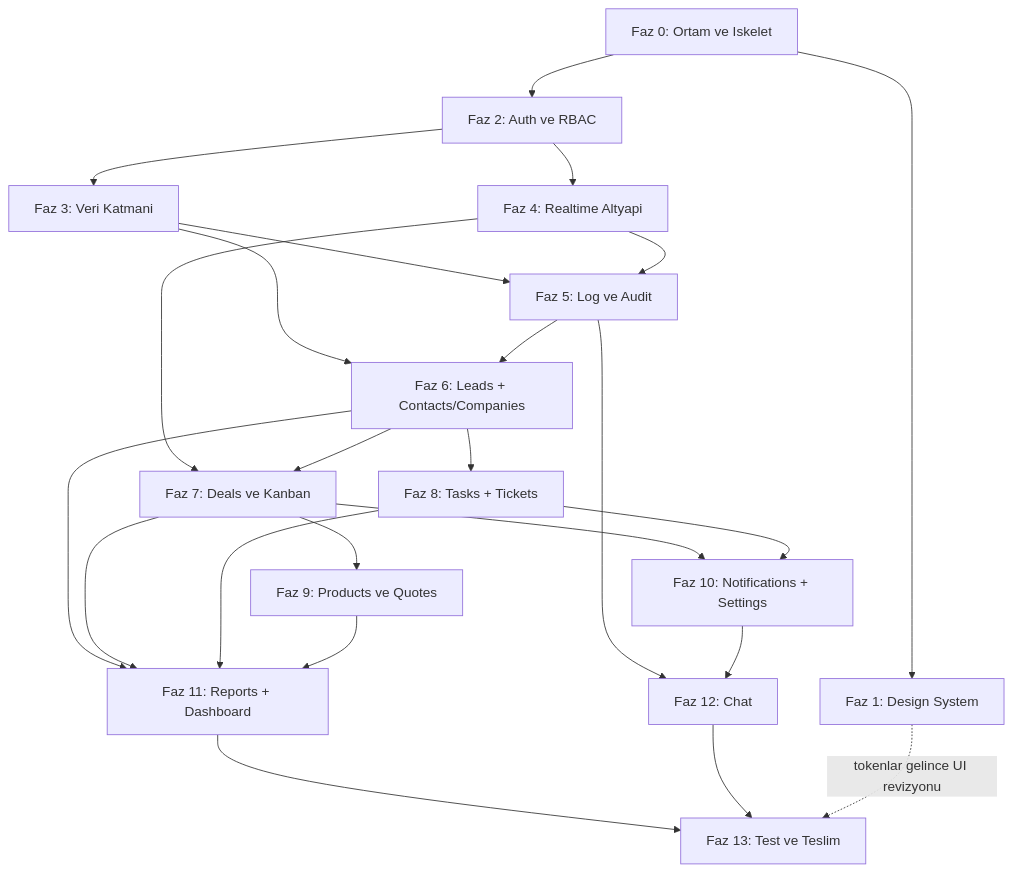
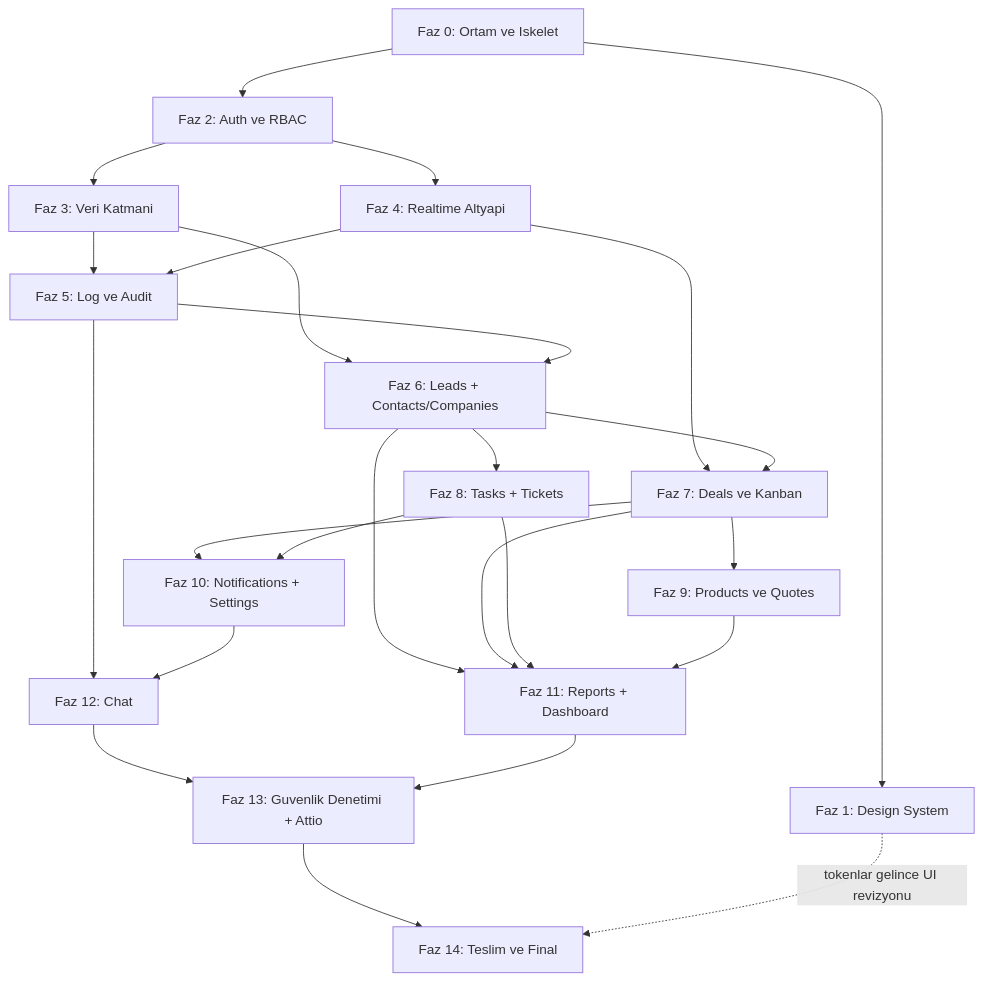
One commit to ayberkaarda/SIGMA-CRM changed the diagram in docs/ROADMAP.md. Above: the diagram before and after it, drawn with Mermaid. The commit also changed other lines of this file and 89 other files, not shown here.

````diff
--- a/docs/ROADMAP.md
+++ b/docs/ROADMAP.md
@@ -246,26 +261,27 @@
 ```mermaid
 graph TD
     F0["Faz 0: Ortam ve Iskelet"] --> F1["Faz 1: Design System"]
     F0 --> F2["Faz 2: Auth ve RBAC"]
     F2 --> F3["Faz 3: Veri Katmani"]
     F2 --> F4["Faz 4: Realtime Altyapi"]
     F3 --> F5["Faz 5: Log ve Audit"]
     F4 --> F5
     F3 --> F6["Faz 6: Leads + Contacts/Companies"]
     F5 --> F6
     F4 --> F7["Faz 7: Deals ve Kanban"]
     F6 --> F7
     F6 --> F8["Faz 8: Tasks + Tickets"]
     F7 --> F9["Faz 9: Products ve Quotes"]
     F7 --> F10["Faz 10: Notifications + Settings"]
     F8 --> F10
     F6 --> F11["Faz 11: Reports + Dashboard"]
     F7 --> F11
     F8 --> F11
     F9 --> F11
     F5 --> F12["Faz 12: Chat"]
     F10 --> F12
-    F11 --> F13["Faz 13: Test ve Teslim"]
-    F12 --> F13
-    F1 -.tokenlar gelince UI revizyonu.-> F13
+    F12 --> F13["Faz 13: Guvenlik Denetimi + Attio"]
+    F11 --> F13
+    F13 --> F14["Faz 14: Teslim ve Final"]
+    F1 -.tokenlar gelince UI revizyonu.-> F14
 ```
````
